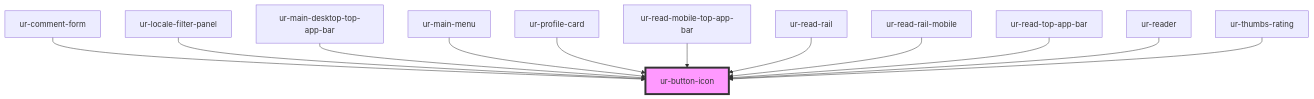
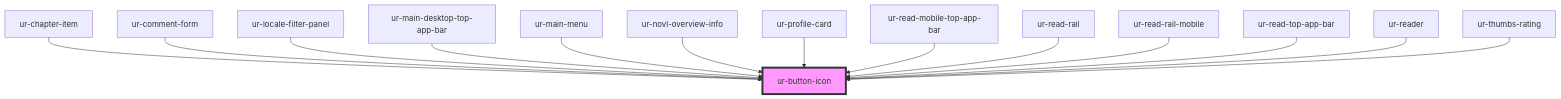
Before and after one commit to hellish/urnovl-web-components: the diagram in src/components/ur-button-icon/readme.md, drawn with Mermaid. The commit also changed other lines of this file and 17 other files, not shown here.

````diff
--- a/src/components/ur-button-icon/readme.md
+++ b/src/components/ur-button-icon/readme.md
@@ -43,15 +45,17 @@
 ```mermaid
 graph TD;
+  ur-chapter-item --> ur-button-icon
   ur-comment-form --> ur-button-icon
   ur-locale-filter-panel --> ur-button-icon
   ur-main-desktop-top-app-bar --> ur-button-icon
   ur-main-menu --> ur-button-icon
+  ur-novl-overview-info --> ur-button-icon
   ur-profile-card --> ur-button-icon
   ur-read-mobile-top-app-bar --> ur-button-icon
   ur-read-rail --> ur-button-icon
   ur-read-rail-mobile --> ur-button-icon
   ur-read-top-app-bar --> ur-button-icon
   ur-reader --> ur-button-icon
   ur-thumbs-rating --> ur-button-icon
   style ur-button-icon fill:#f9f,stroke:#333,stroke-width:4px
 ```
````
